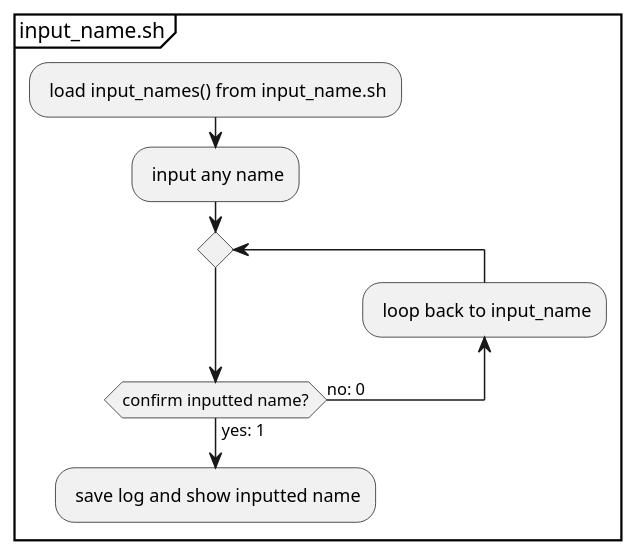
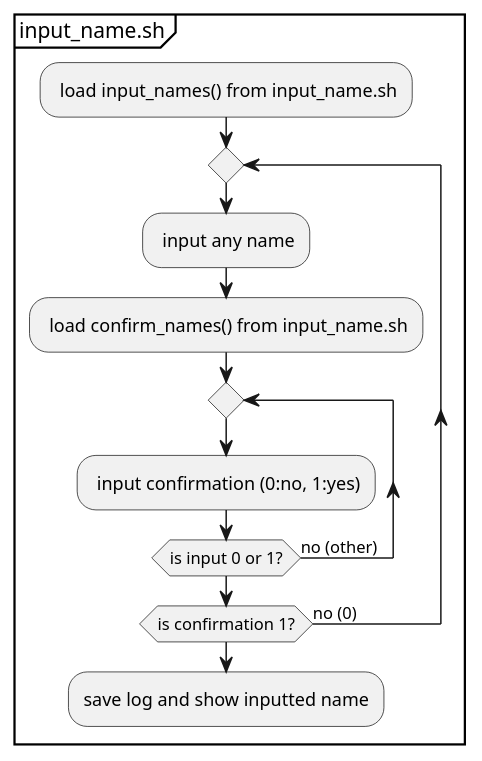
Before and after one commit to Jumacde/shellscript_loadname: the diagram in docs/main-script-flow_activity/input-name_process.puml, drawn with PlantUML. The commit also changed other lines of this file and 3 other files, not shown here.

Commit message:
edit activity diagram

```diff
--- a/docs/main-script-flow_activity/input-name_process.puml
+++ b/docs/main-script-flow_activity/input-name_process.puml
@@ -1,8 +1,11 @@
 partition input_name.sh {
 	: load input_names() from input_name.sh;
-	: input any name;
-	repeat
-	backward: loop back to input_name;
-	repeat while(confirm inputted name?) is (no: 0) not (yes: 1);
-	: save log and show inputted name;
+	repeat	
+		: input any name;
+		: load confirm_names() from input_name.sh;
+		repeat
+			: input confirmation (0:no, 1:yes);
+		repeat while (is input 0 or 1?) is (no (other))
+	repeat while (is confirmation 1?) is (no (0))
+	:save log and show inputted name;
 }
```
